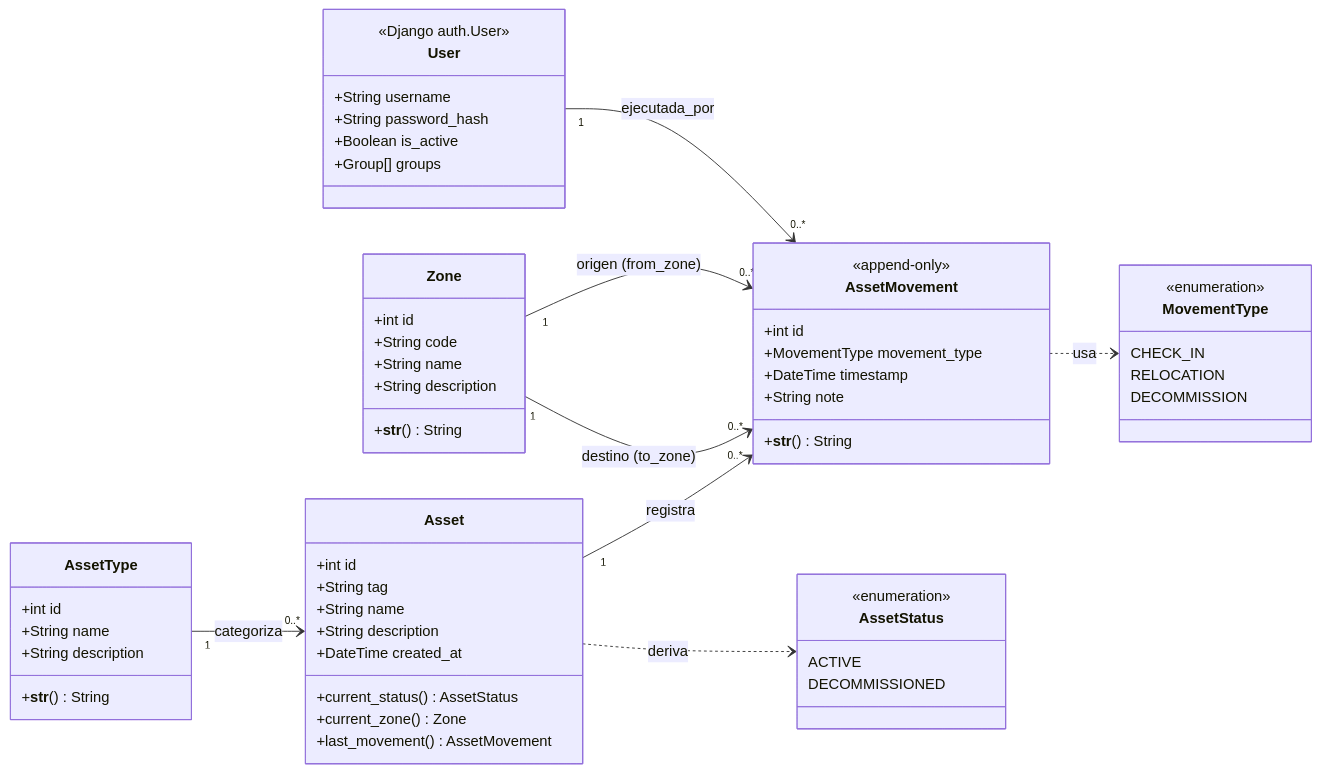
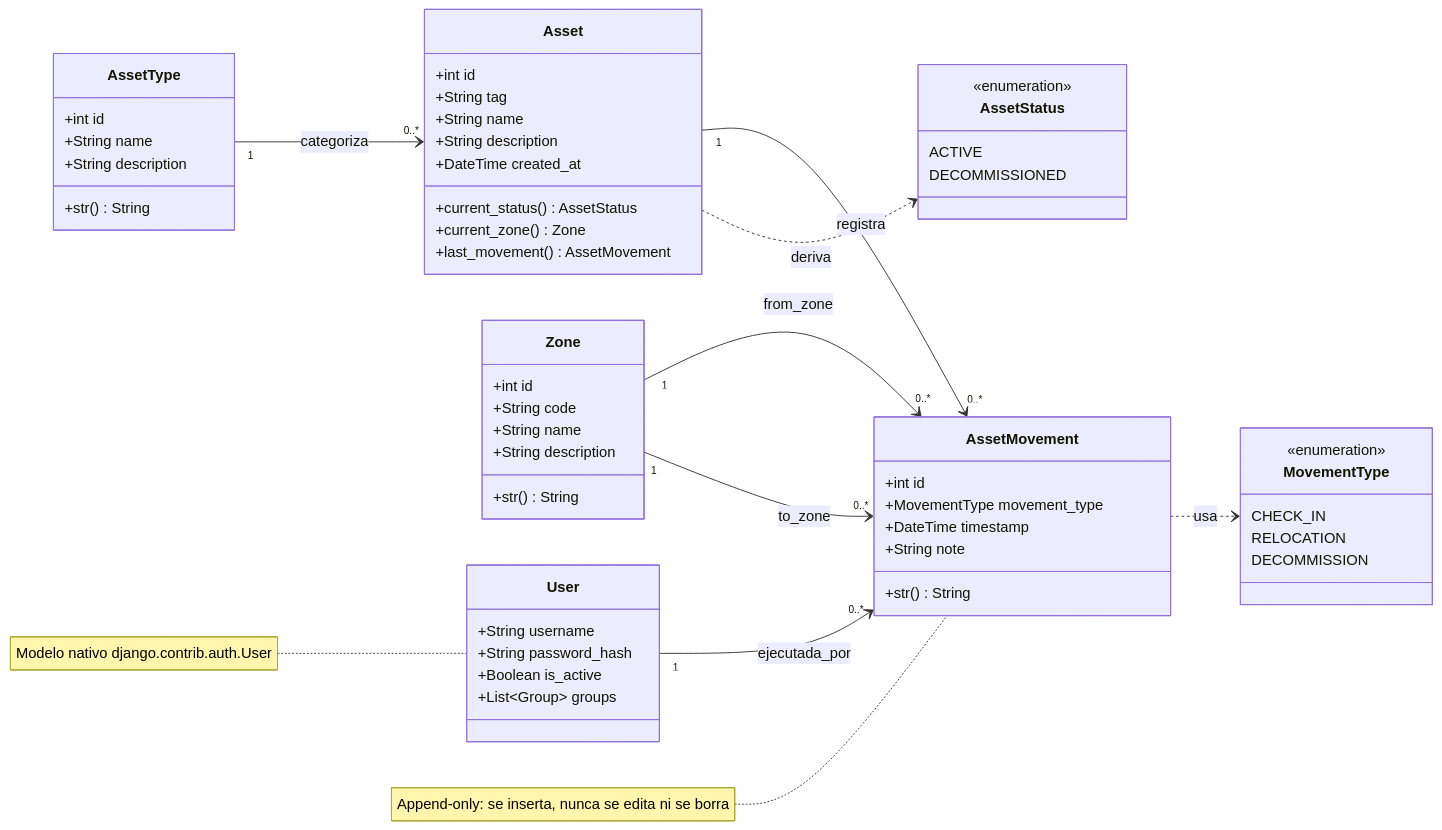
One commit to BENMP0902/ot-asset-registry changed the diagram in docs/03-diseno/02-diagrama-clases.md. Above: the diagram before and after it, drawn with Mermaid. The commit also changed other lines of this file and 1 other file, not shown here.

Commit message:
fix: use conservative mermaid syntax so github renders diagrams

````diff
--- a/docs/03-diseno/02-diagrama-clases.md
+++ b/docs/03-diseno/02-diagrama-clases.md
@@ -24,68 +24,68 @@
 ```mermaid
 classDiagram
     direction LR
 
     class User {
-        <<Django auth.User>>
         +String username
         +String password_hash
         +Boolean is_active
-        +Group[] groups
+        +List~Group~ groups
     }
+    note for User "Modelo nativo django.contrib.auth.User"
 
     class AssetType {
         +int id
         +String name
         +String description
-        +__str__() String
+        +str() String
     }
 
     class Zone {
         +int id
         +String code
         +String name
         +String description
-        +__str__() String
+        +str() String
     }
 
     class Asset {
         +int id
         +String tag
         +String name
         +String description
         +DateTime created_at
         +current_status() AssetStatus
         +current_zone() Zone
         +last_movement() AssetMovement
     }
 
     class AssetMovement {
-        <<append-only>>
         +int id
         +MovementType movement_type
         +DateTime timestamp
         +String note
-        +__str__() String
+        +str() String
     }
+    note for AssetMovement "Append-only: se inserta, nunca se edita ni se borra"
 
     class MovementType {
         <<enumeration>>
         CHECK_IN
         RELOCATION
         DECOMMISSION
     }
 
     class AssetStatus {
         <<enumeration>>
         ACTIVE
         DECOMMISSIONED
     }
 
     AssetType "1" --> "0..*" Asset : categoriza
     Asset "1" --> "0..*" AssetMovement : registra
-    Zone "1" --> "0..*" AssetMovement : origen (from_zone)
-    Zone "1" --> "0..*" AssetMovement : destino (to_zone)
+    Zone "1" --> "0..*" AssetMovement : from_zone
+    Zone "1" --> "0..*" AssetMovement : to_zone
     User "1" --> "0..*" AssetMovement : ejecutada_por
     AssetMovement ..> MovementType : usa
     Asset ..> AssetStatus : deriva
 ```
````
